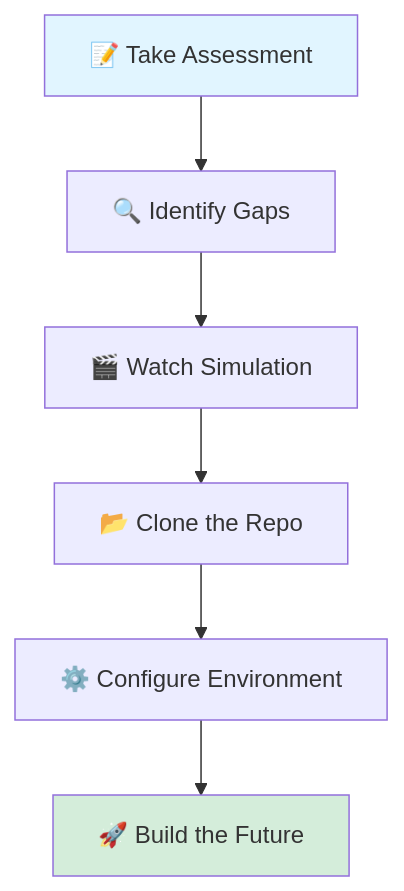
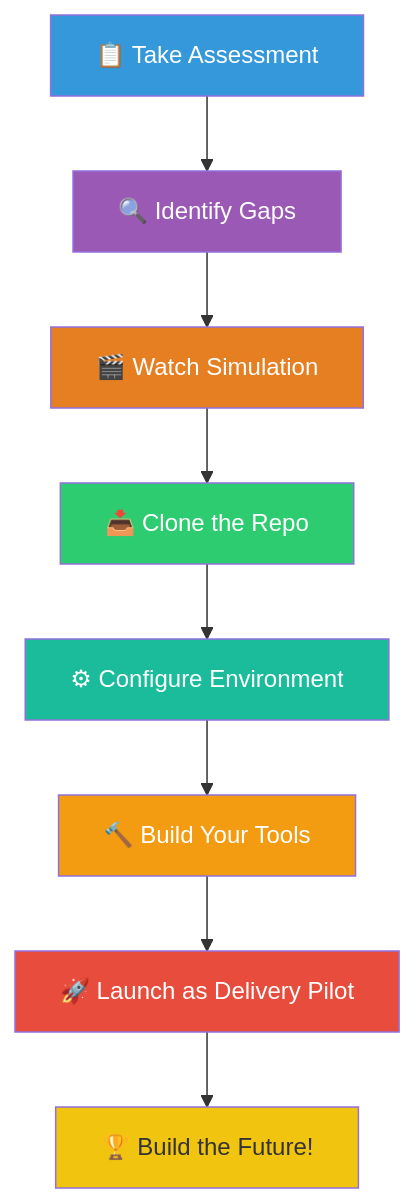
The diagram in 3_Simulation/2026-02-15/output/diagram_MM_10_scene_10_-_conclusion_call_to_action.md (rifaterdemsahin/fal.ai), drawn with Mermaid before and after one commit. The commit also changed other lines of this file and 22 other files, not shown here.

Commit message:
diagram with images

````diff
--- a/3_Simulation/2026-02-15/output/diagram_MM_10_scene_10_-_conclusion_call_to_action.md
+++ b/3_Simulation/2026-02-15/output/diagram_MM_10_scene_10_-_conclusion_call_to_action.md
@@ -6,11 +7,19 @@
 ```mermaid
 flowchart TB
-    A[📝 Take Assessment] --> B[🔍 Identify Gaps]
-    B --> C[🎬 Watch Simulation]
-    C --> D[📂 Clone the Repo]
-    D --> E[⚙️ Configure Environment]
-    E --> F[🚀 Build the Future]
+    A["📋 Take Assessment"] --> B["🔍 Identify Gaps"]
+    B --> C["🎬 Watch Simulation"]
+    C --> D["📥 Clone the Repo"]
+    D --> E["⚙ Configure Environment"]
+    E --> F["🔨 Build Your Tools"]
+    F --> G["🚀 Launch as Delivery Pilot"]
+    G --> H["🏆 Build the Future!"]
 
-    style A fill:#e1f5ff
-    style F fill:#d4edda
+    style A fill:#3498db,color:#fff
+    style B fill:#9b59b6,color:#fff
+    style C fill:#e67e22,color:#fff
+    style D fill:#2ecc71,color:#fff
+    style E fill:#1abc9c,color:#fff
+    style F fill:#f39c12,color:#fff
+    style G fill:#e74c3c,color:#fff
+    style H fill:#f1c40f,color:#333
 ```
````
